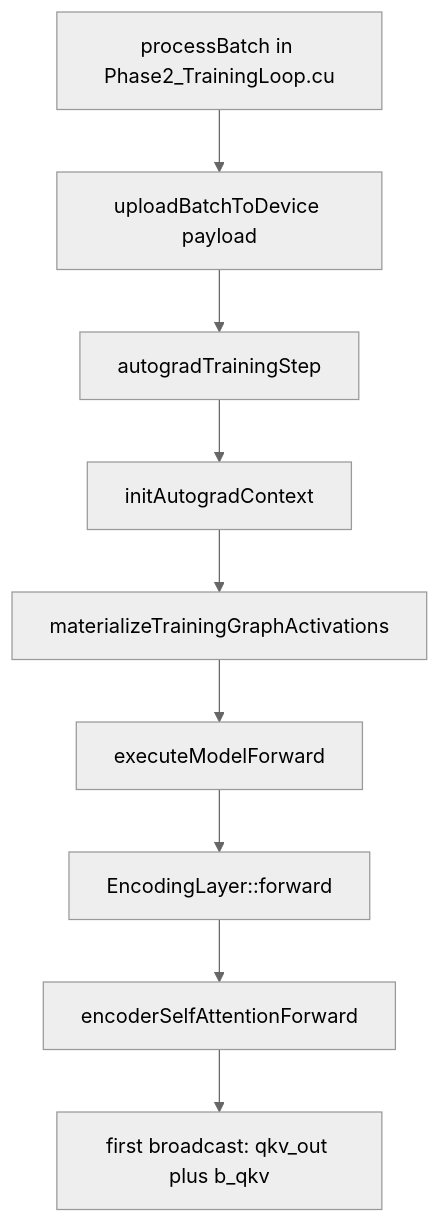
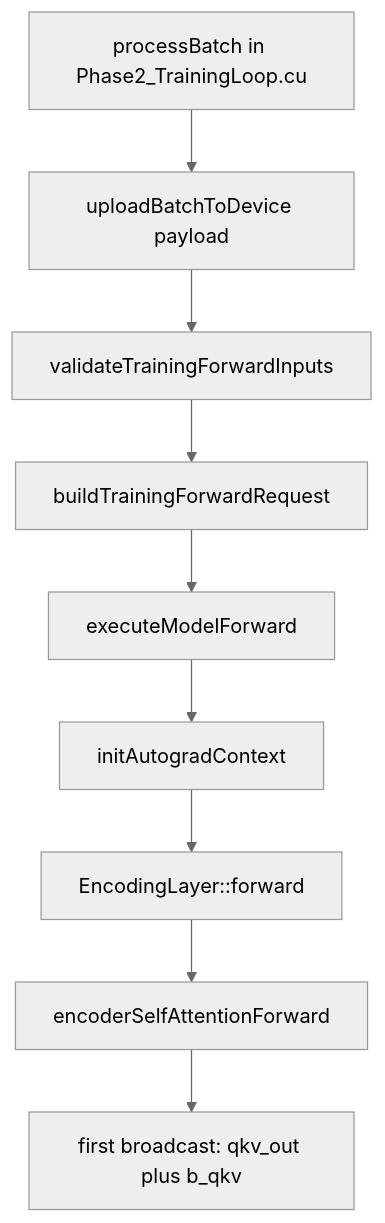
One commit to Reaper3825/G.R.I.M changed the first of 2 diagrams in resources/models/GRIM-text/GRIM/Docs/ForwardChronology.md. Above: the diagram before and after it, drawn with Mermaid (neutral theme). The commit also changed other lines of this file and 37 other files, not shown here.

First line of the commit message:
Refactor TrainingContext and ParameterRegistry Integration

````diff
--- a/resources/models/GRIM-text/GRIM/Docs/ForwardChronology.md
+++ b/resources/models/GRIM-text/GRIM/Docs/ForwardChronology.md
@@ -70,11 +70,11 @@
 ```mermaid
 flowchart TD
     A[processBatch in Phase2_TrainingLoop.cu] --> B[uploadBatchToDevice payload]
-    B --> C[autogradTrainingStep]
-    C --> D[initAutogradContext]
-   D --> E[materializeTrainingGraphActivations]
-    E --> F[executeModelForward]
+   B --> C[validateTrainingForwardInputs]
+   C --> D[buildTrainingForwardRequest]
+   D --> E[executeModelForward]
+   E --> F[initAutogradContext]
     F --> G[EncodingLayer::forward]
     G --> H[encoderSelfAttentionForward]
     H --> I[first broadcast: qkv_out plus b_qkv]
 ```
````
